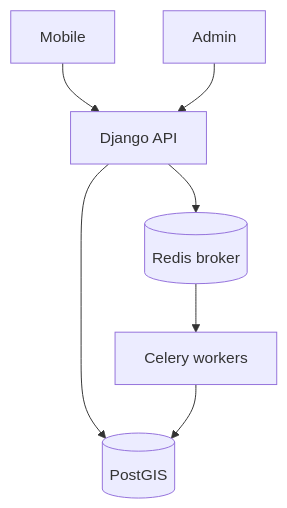
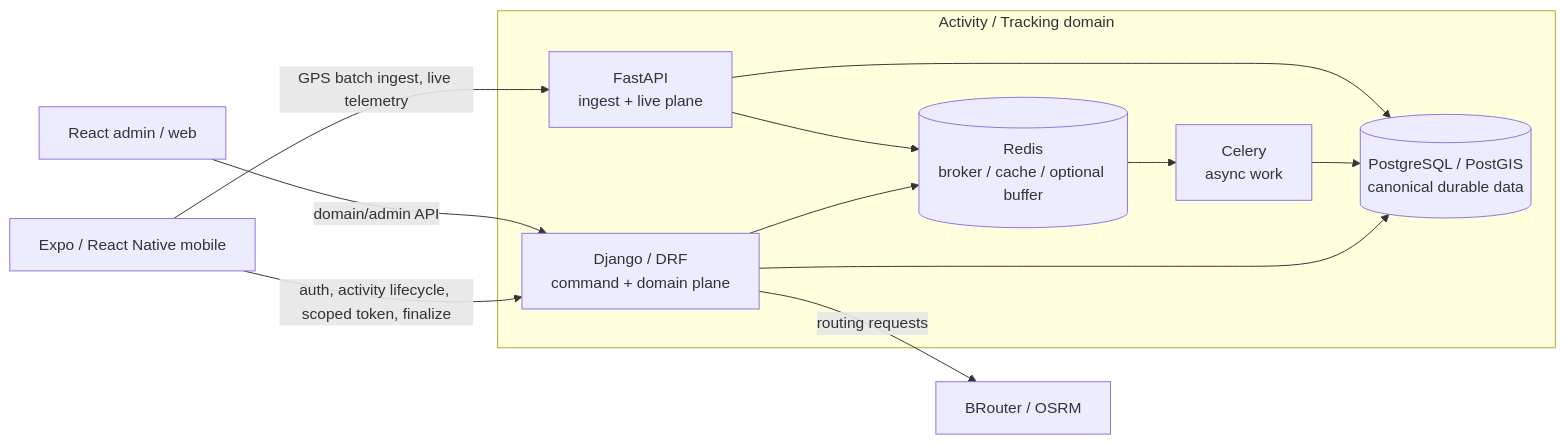
One commit to karnalooch/stunning-pancake changed the diagram in docs/ARCHITECTURE.md. Above: the diagram before and after it, drawn with Mermaid. The commit also changed other lines of this file and 15 other files, not shown here.

Commit message:
docs(architecture): reconcile SSOT after red-team (#394)

````diff
--- a/docs/ARCHITECTURE.md
+++ b/docs/ARCHITECTURE.md
@@ -15,9 +18,26 @@
 ```mermaid
-flowchart TB
-  Mobile[Mobile] --> API[Django API]
-  Admin[Admin] --> API
-  API --> DB[(PostGIS)]
-  API --> Redis[(Redis broker)]
-  Redis --> Workers[Celery workers]
-  Workers --> DB
+flowchart LR
+  Mobile[Expo / React Native mobile]
+  Admin[React admin / web]
+
+  subgraph Domain["Activity / Tracking domain"]
+    Django[Django / DRF\ncommand + domain plane]
+    Telemetry[FastAPI\ningest + live plane]
+    Workers[Celery\nasync work]
+    DB[(PostgreSQL / PostGIS\ncanonical durable data)]
+    Redis[(Redis\nbroker / cache / optional buffer)]
+
+    Django --> DB
+    Django --> Redis
+    Redis --> Workers
+    Workers --> DB
+    Telemetry --> DB
+    Telemetry --> Redis
+  end
+
+  Mobile -->|auth, activity lifecycle, scoped token, finalize| Django
+  Mobile -->|GPS batch ingest, live telemetry| Telemetry
+  Admin -->|domain/admin API| Django
+
+  Django -->|routing requests| Routing[BRouter / OSRM]
 ```
````
